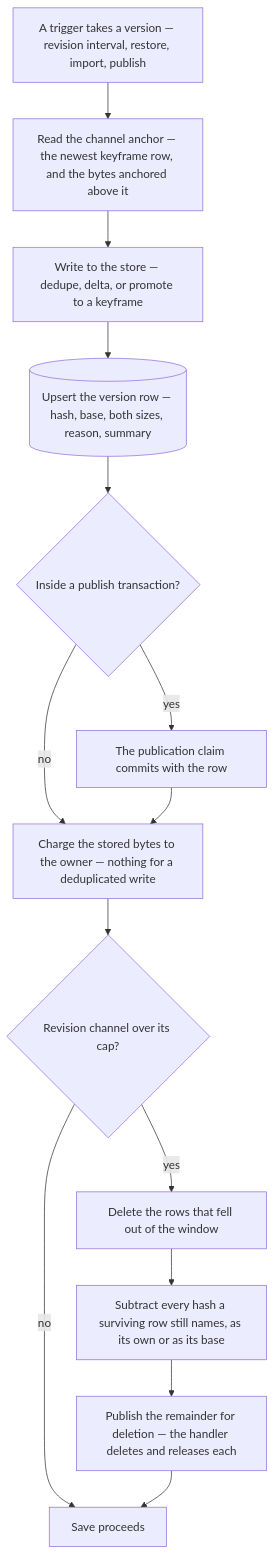
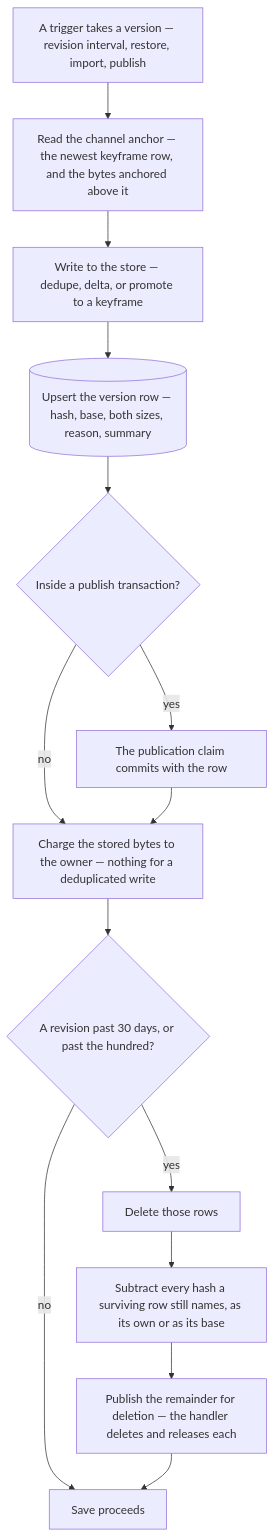
One commit to Esposter/Esposter changed the first of 2 diagrams in apps/web/content/docs/resource/resource-version-store.md. Above: the diagram before and after it, drawn with Mermaid. The commit also changed other lines of this file and 13 other files, not shown here.

````diff
--- a/apps/web/content/docs/resource/resource-version-store.md
+++ b/apps/web/content/docs/resource/resource-version-store.md
@@ -27,16 +27,16 @@
 ```mermaid
 flowchart TD
   trigger["A trigger takes a version — revision interval, restore, import, publish"] --> anchor["Read the channel anchor — the newest keyframe row, and the bytes anchored above it"]
   anchor --> store["Write to the store — dedupe, delta, or promote to a keyframe"]
   store --> row[("Upsert the version row — hash, base, both sizes, reason, summary")]
   row --> commit{"Inside a publish transaction?"}
   commit -->|yes| claim["The publication claim commits with the row"]
   commit -->|no| charge
   claim --> charge["Charge the stored bytes to the owner — nothing for a deduplicated write"]
-  charge --> evict{"Revision channel over its cap?"}
+  charge --> evict{"A revision past 30 days, or past the hundred?"}
   evict -->|no| done["Save proceeds"]
-  evict -->|yes| shed["Delete the rows that fell out of the window"]
+  evict -->|yes| shed["Delete those rows"]
   shed --> collect["Subtract every hash a surviving row still names, as its own or as its base"]
   collect --> publish["Publish the remainder for deletion — the handler deletes and releases each"]
   publish --> done
 ```
````
